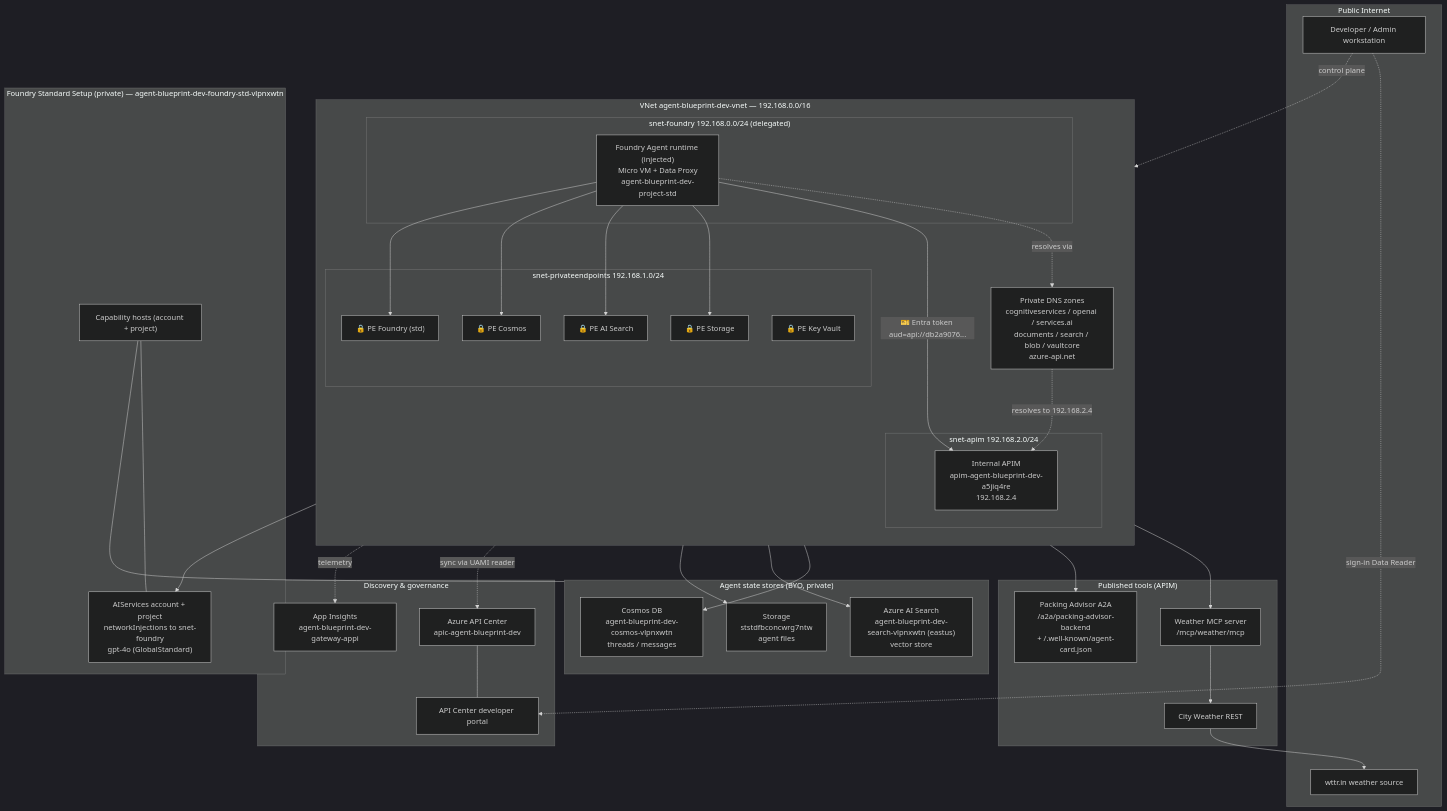
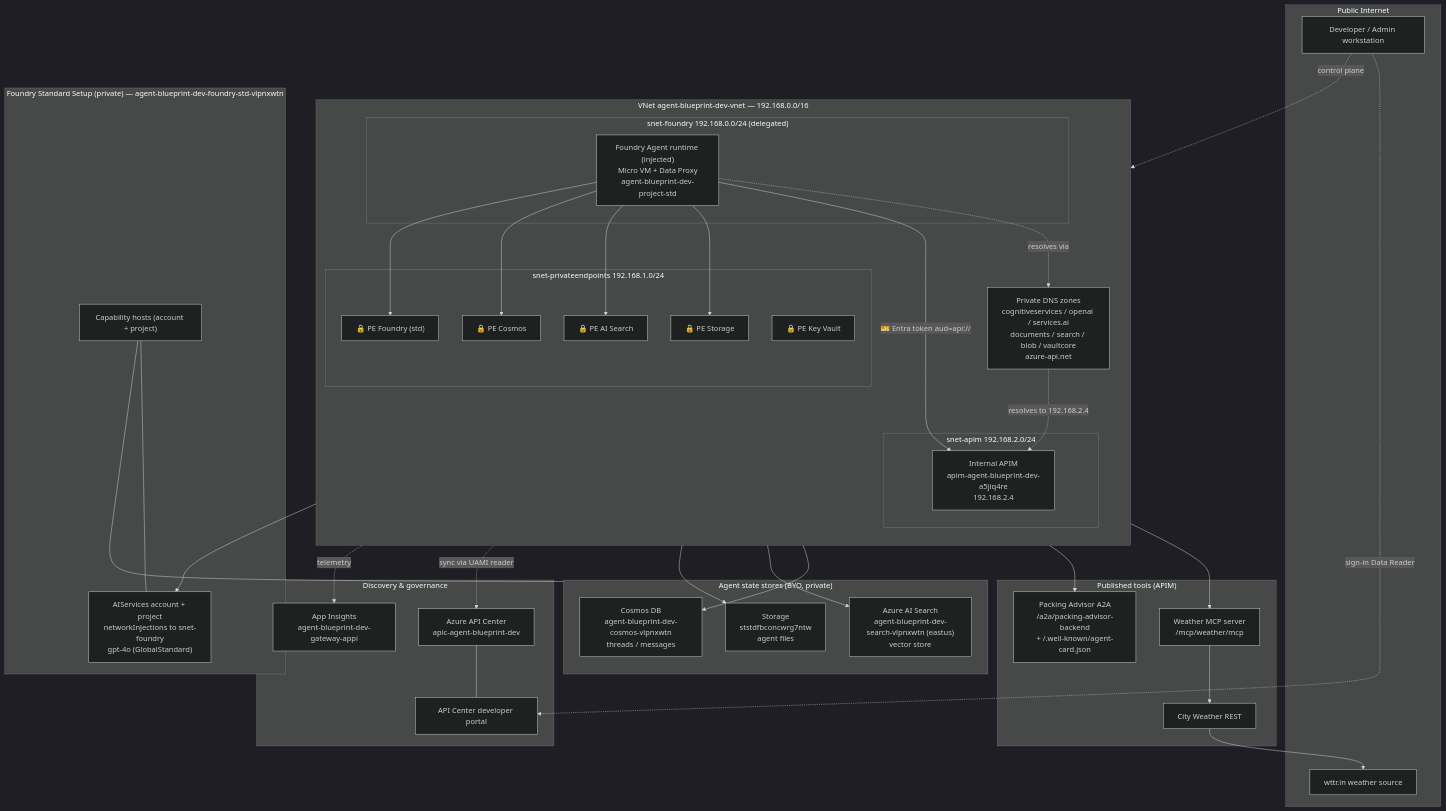
The first of 4 diagrams in chapters/04a-architecture-overview.md (nairsanjeev/agentic-ai-enterprise-blueprint), drawn with Mermaid (dark theme) before and after one commit. The commit also changed other lines of this file and 15 other files, not shown here.

````diff
--- a/chapters/04a-architecture-overview.md
+++ b/chapters/04a-architecture-overview.md
@@ -27,74 +27,74 @@
 ```mermaid
 flowchart TB
     subgraph internet[Public Internet]
         wttr[wttr.in weather source]
         dev[Developer / Admin workstation]
     end
 
     subgraph vnet["VNet agent-blueprint-dev-vnet — 192.168.0.0/16"]
         direction TB
 
         subgraph snetFoundry["snet-foundry 192.168.0.0/24 (delegated)"]
             agent["Foundry Agent runtime (injected)<br/>Micro VM + Data Proxy<br/>agent-blueprint-dev-project-std"]
         end
 
         subgraph snetApim["snet-apim 192.168.2.0/24"]
             apim["Internal APIM<br/>apim-agent-blueprint-dev-a5jiq4re<br/>192.168.2.4"]
         end
 
         subgraph snetPe["snet-privateendpoints 192.168.1.0/24"]
             peFoundry["🔒 PE Foundry (std)"]
             peCosmos["🔒 PE Cosmos"]
             peSearch["🔒 PE AI Search"]
             peStorage["🔒 PE Storage"]
             peKv["🔒 PE Key Vault"]
         end
 
         dns["Private DNS zones<br/>cognitiveservices / openai / services.ai<br/>documents / search / blob / vaultcore<br/>azure-api.net"]
     end
 
     subgraph platform["Foundry Standard Setup (private) — agent-blueprint-dev-foundry-std-vlpnxwtn"]
         foundry["AIServices account + project<br/>networkInjections to snet-foundry<br/>gpt-4o (GlobalStandard)"]
         caphost["Capability hosts (account + project)"]
     end
 
     subgraph state["Agent state stores (BYO, private)"]
         cosmos["Cosmos DB<br/>agent-blueprint-dev-cosmos-vlpnxwtn<br/>threads / messages"]
         search["Azure AI Search<br/>agent-blueprint-dev-search-vlpnxwtn (eastus)<br/>vector store"]
         storage["Storage<br/>ststdfbconcwrg7ntw<br/>agent files"]
     end
 
     subgraph gov["Discovery & governance"]
         apic["Azure API Center<br/>apic-agent-blueprint-dev"]
         portal["API Center developer portal"]
         appi["App Insights<br/>agent-blueprint-dev-gateway-appi"]
     end
 
     subgraph tools["Published tools (APIM)"]
         mcp["Weather MCP server<br/>/mcp/weather/mcp"]
         a2a["Packing Advisor A2A<br/>/a2a/packing-advisor-backend<br/>+ /.well-known/agent-card.json"]
         rest["City Weather REST"]
     end
 
     %% runtime tool calls
-    agent -->|"🎫 Entra token aud=api://db2a9076..."| apim
+    agent -->|"🎫 Entra token aud=api://<audience-app-client-id>"| apim
     apim --> mcp --> rest --> wttr
     apim --> a2a
     agent -.resolves via.-> dns
     dns -.->|resolves to 192.168.2.4| apim
 
     %% model + state (private endpoints)
     agent --> peFoundry --> foundry
     agent --> peCosmos --> cosmos
     agent --> peSearch --> search
     agent --> peStorage --> storage
     caphost --- foundry
     caphost --- state
 
     %% governance / discovery
     apim -.sync via UAMI reader.-> apic
     apic --- portal
     apim -.telemetry.-> appi
     dev -.sign-in Data Reader.-> portal
     dev -.control plane.-> apim
 ```
````
